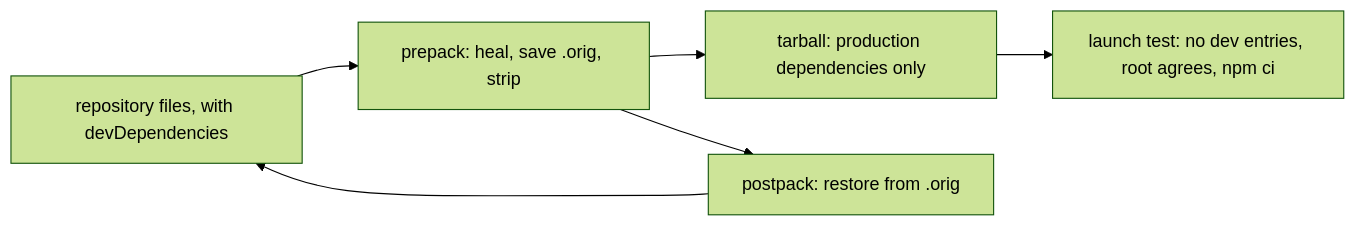
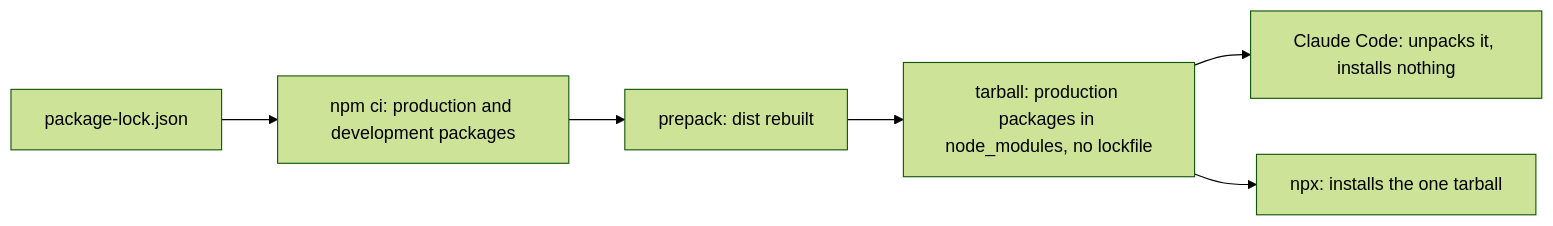
The first of 26 diagrams in plans/2026-11-07-mcp-claude-code-channel.md (simplex-chat/simplex-chat), drawn with Mermaid (forest theme) before and after one commit. The commit also changed other lines of this file, not shown here.

Commit message:
plan: decision 119, the user's answer: bundled dependencies, no lockfile

````diff
--- a/plans/2026-11-07-mcp-claude-code-channel.md
+++ b/plans/2026-11-07-mcp-claude-code-channel.md
@@ -229,8 +230,8 @@
 ```mermaid
 flowchart LR
-  R[repository files, with devDependencies] --> P[prepack: heal, save .orig, strip]
-  P --> T[tarball: production dependencies only]
-  T --> C[launch test: no dev entries, root agrees, npm ci]
-  P --> Q[postpack: restore from .orig]
-  Q --> R
+  L[package-lock.json] --> I[npm ci: production and development packages]
+  I --> P[prepack: dist rebuilt]
+  P --> T[tarball: production packages in node_modules, no lockfile]
+  T --> C[Claude Code: unpacks it, installs nothing]
+  T --> N[npx: installs the one tarball]
 ```
````
